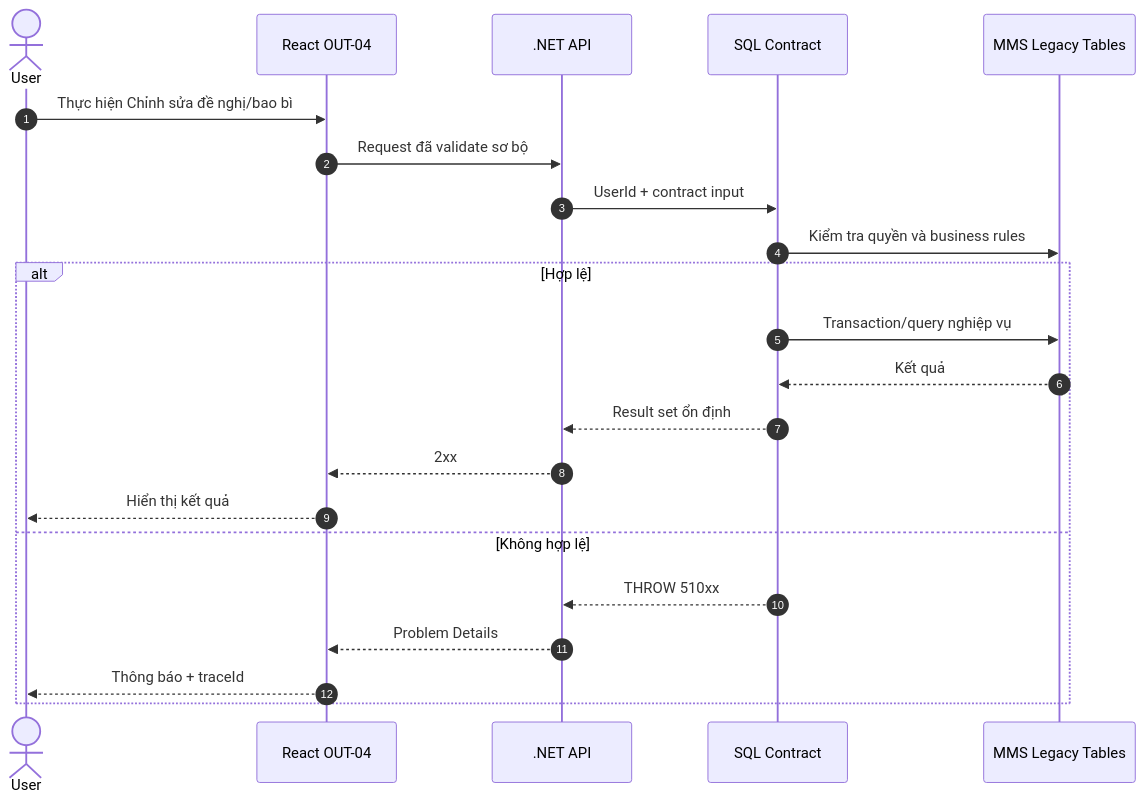
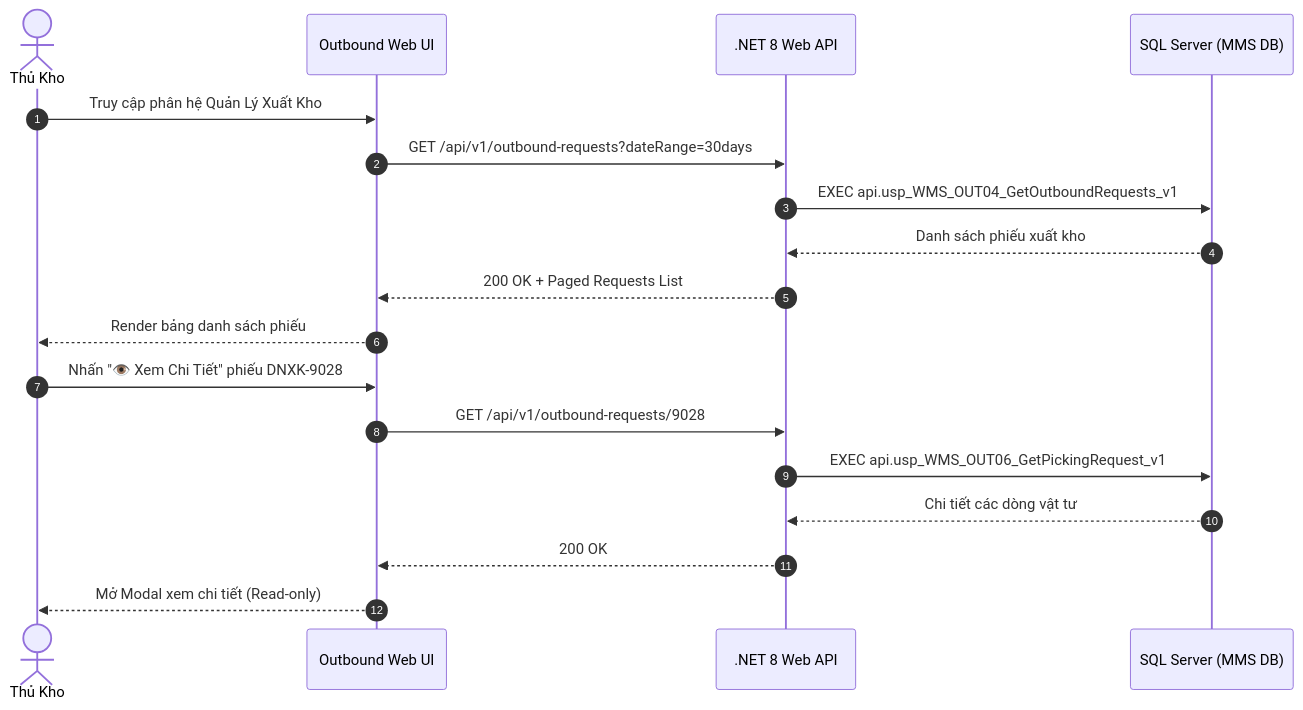
Before and after one commit to Sohoa-KNSG/mms: the diagram in docs/03-use-cases/UC-21_OUT-04.md, drawn with Mermaid. The commit also changed other lines of this file and 43 other files, not shown here.

````diff
--- a/docs/03-use-cases/UC-21_OUT-04.md
+++ b/docs/03-use-cases/UC-21_OUT-04.md
@@ -221,24 +140,21 @@
-~~~mermaid
+```mermaid
 sequenceDiagram
     autonumber
-    actor User
-    participant UI as React OUT-04
-    participant API as .NET API
-    participant SP as SQL Contract
-    participant DB as MMS Legacy Tables
-    User->>UI: Thực hiện Chỉnh sửa đề nghị/bao bì
-    UI->>API: Request đã validate sơ bộ
-    API->>SP: UserId + contract input
-    SP->>DB: Kiểm tra quyền và business rules
-    alt Hợp lệ
-        SP->>DB: Transaction/query nghiệp vụ
-        DB-->>SP: Kết quả
-        SP-->>API: Result set ổn định
-        API-->>UI: 2xx
-        UI-->>User: Hiển thị kết quả
-    else Không hợp lệ
-        SP-->>API: THROW 510xx
-        API-->>UI: Problem Details
-        UI-->>User: Thông báo + traceId
-    end
-~~~
+    actor Storekeeper as Thủ Kho
+    participant UI as Outbound Web UI
+    participant API as .NET 8 Web API
+    participant DB as SQL Server (MMS DB)
+
+    Storekeeper->>UI: Truy cập phân hệ Quản Lý Xuất Kho
+    UI->>API: GET /api/v1/outbound-requests?dateRange=30days
+    API->>DB: EXEC api.usp_WMS_OUT04_GetOutboundRequests_v1
+    DB-->>API: Danh sách phiếu xuất kho
+    API-->>UI: 200 OK + Paged Requests List
+    UI-->>Storekeeper: Render bảng danh sách phiếu
+    Storekeeper->>UI: Nhấn "👁️ Xem Chi Tiết" phiếu DNXK-9028
+    UI->>API: GET /api/v1/outbound-requests/9028
+    API->>DB: EXEC api.usp_WMS_OUT06_GetPickingRequest_v1
+    DB-->>API: Chi tiết các dòng vật tư
+    API-->>UI: 200 OK
+    UI-->>Storekeeper: Mở Modal xem chi tiết (Read-only)
+```
````
